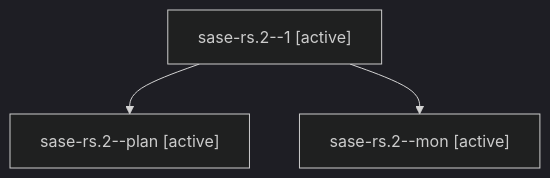
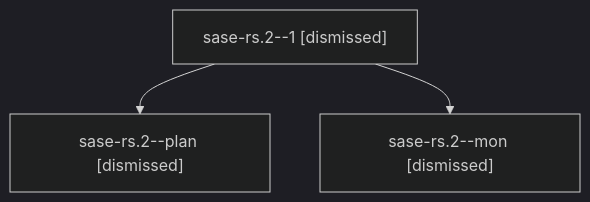
The diagram in sessions/bbugyi200.athena.sase-rs.2.md (sase-org/sase--agents), drawn with Mermaid (dark theme) before and after one commit. The commit also changed other lines of this file and 172 other files, not shown here.

````diff
--- a/sessions/bbugyi200.athena.sase-rs.2.md
+++ b/sessions/bbugyi200.athena.sase-rs.2.md
@@ -9,8 +9,8 @@
 ```mermaid
 flowchart TD
-  n0["sase-rs.2--1 [active]"]
-  n1["sase-rs.2--plan [active]"]
+  n0["sase-rs.2--1 [dismissed]"]
+  n1["sase-rs.2--plan [dismissed]"]
   n0 --> n1
-  n2["sase-rs.2--mon [active]"]
+  n2["sase-rs.2--mon [dismissed]"]
   n0 --> n2
 ```
````
